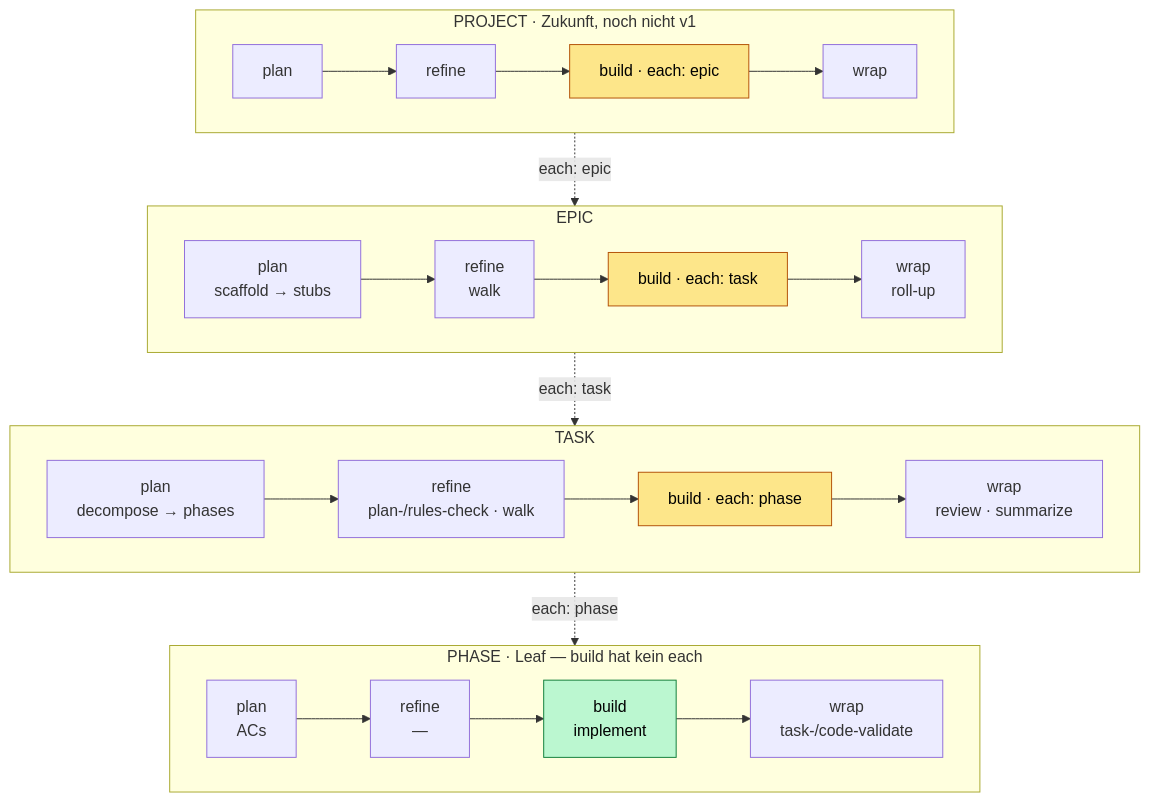
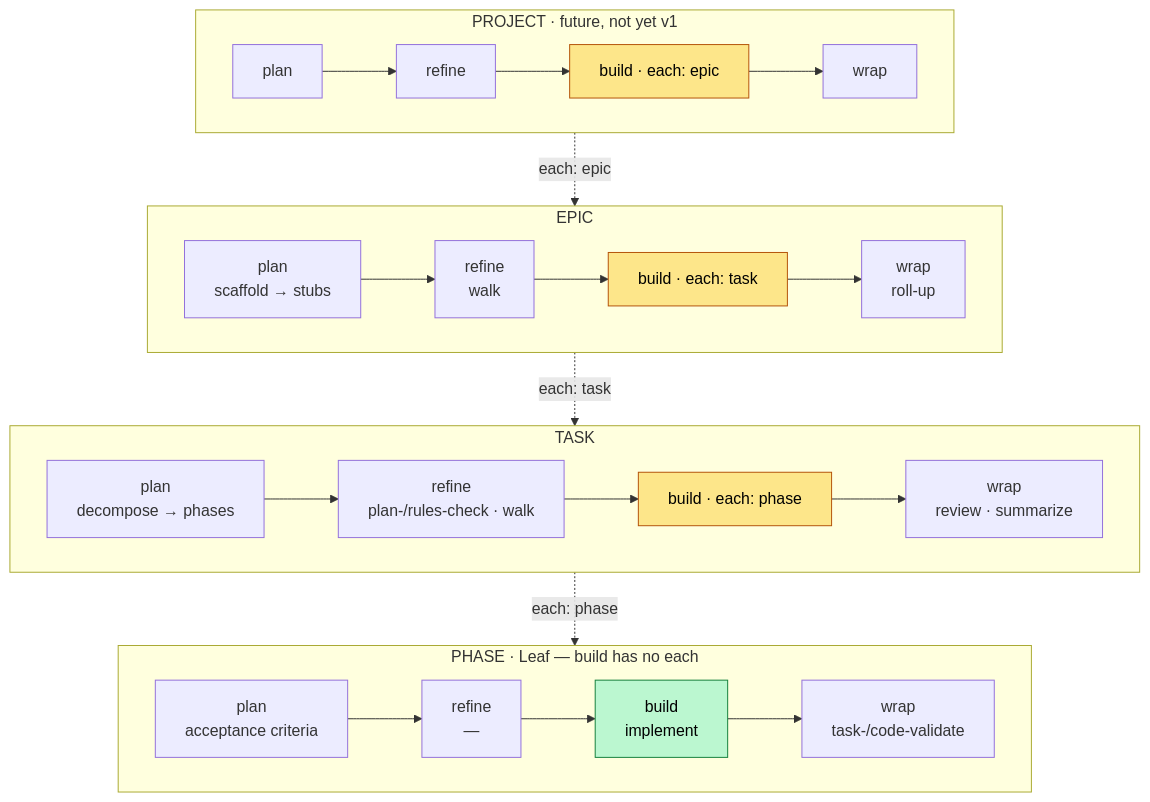
Before and after one commit to chafoo/anchored: the diagram in docs/design/fractal-lifecycle.md, drawn with Mermaid. The commit also changed other lines of this file and 131 other files, not shown here.

````diff
--- a/docs/design/fractal-lifecycle.md
+++ b/docs/design/fractal-lifecycle.md
@@ -60,29 +60,29 @@
 ```mermaid
 flowchart TB
     classDef build fill:#fde68a,stroke:#b45309,color:#000;
     classDef leaf fill:#bbf7d0,stroke:#15803d,color:#000;
 
-    subgraph PROJECT["PROJECT · Zukunft, noch nicht v1"]
+    subgraph PROJECT["PROJECT · future, not yet v1"]
         direction LR
         P1["plan"] --> P2["refine"] --> P3["build · each: epic"]:::build --> P4["wrap"]
     end
 
     subgraph EPIC["EPIC"]
         direction LR
         E1["plan<br/>scaffold → stubs"] --> E2["refine<br/>walk"] --> E3["build · each: task"]:::build --> E4["wrap<br/>roll-up"]
     end
 
     subgraph TASK["TASK"]
         direction LR
         T1["plan<br/>decompose → phases"] --> T2["refine<br/>plan-/rules-check · walk"] --> T3["build · each: phase"]:::build --> T4["wrap<br/>review · summarize"]
     end
 
-    subgraph PHASE["PHASE · Leaf — build hat kein each"]
+    subgraph PHASE["PHASE · Leaf — build has no each"]
         direction LR
-        F1["plan<br/>ACs"] --> F2["refine<br/>—"] --> F3["build<br/>implement"]:::leaf --> F4["wrap<br/>task-/code-validate"]
+        F1["plan<br/>acceptance criteria"] --> F2["refine<br/>—"] --> F3["build<br/>implement"]:::leaf --> F4["wrap<br/>task-/code-validate"]
     end
 
     P3 -. "each: epic" .-> EPIC
     E3 -. "each: task" .-> TASK
     T3 -. "each: phase" .-> PHASE
 ```
````
